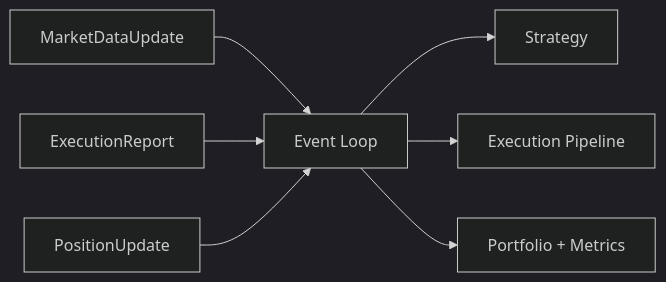
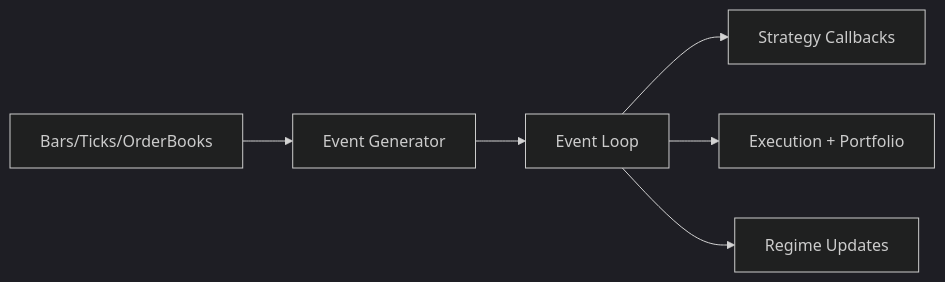
The diagram in docs/explanation/event-model.md (gregorian-09/regime-flow), drawn with Mermaid (dark theme) before and after one commit. The commit also changed other lines of this file and 58 other files, not shown here.

````diff
--- a/docs/explanation/event-model.md
+++ b/docs/explanation/event-model.md
@@ -9,9 +7,8 @@
 ```mermaid
 flowchart LR
-  A[MarketDataUpdate] --> B[Event Loop]
-  C[ExecutionReport] --> B
-  D[PositionUpdate] --> B
-  B --> E[Strategy]
-  B --> F[Execution Pipeline]
-  B --> G[Portfolio + Metrics]
+  A[Bars/Ticks/OrderBooks] --> B[Event Generator]
+  B --> C[Event Loop]
+  C --> D[Strategy Callbacks]
+  C --> E[Execution + Portfolio]
+  C --> F[Regime Updates]
 ```
````
